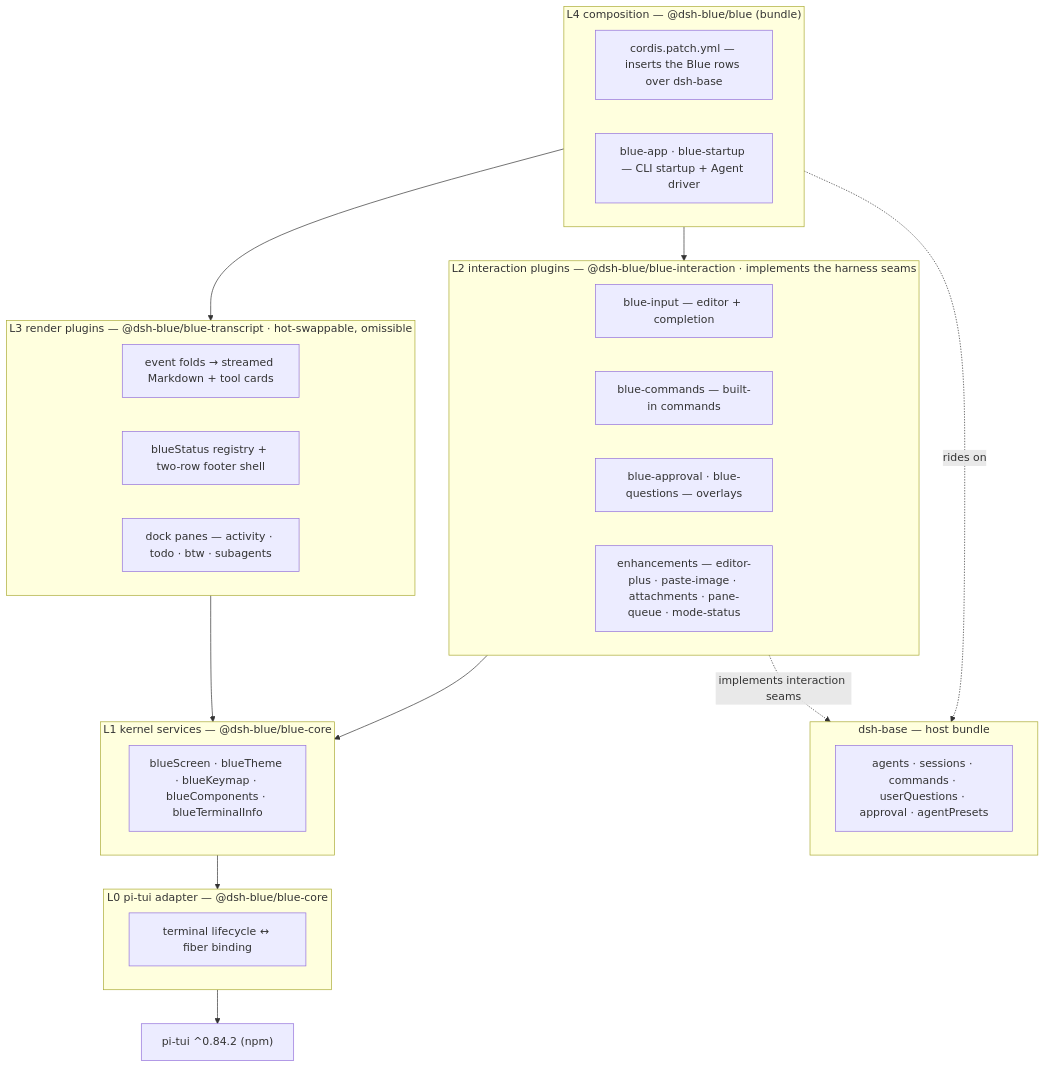
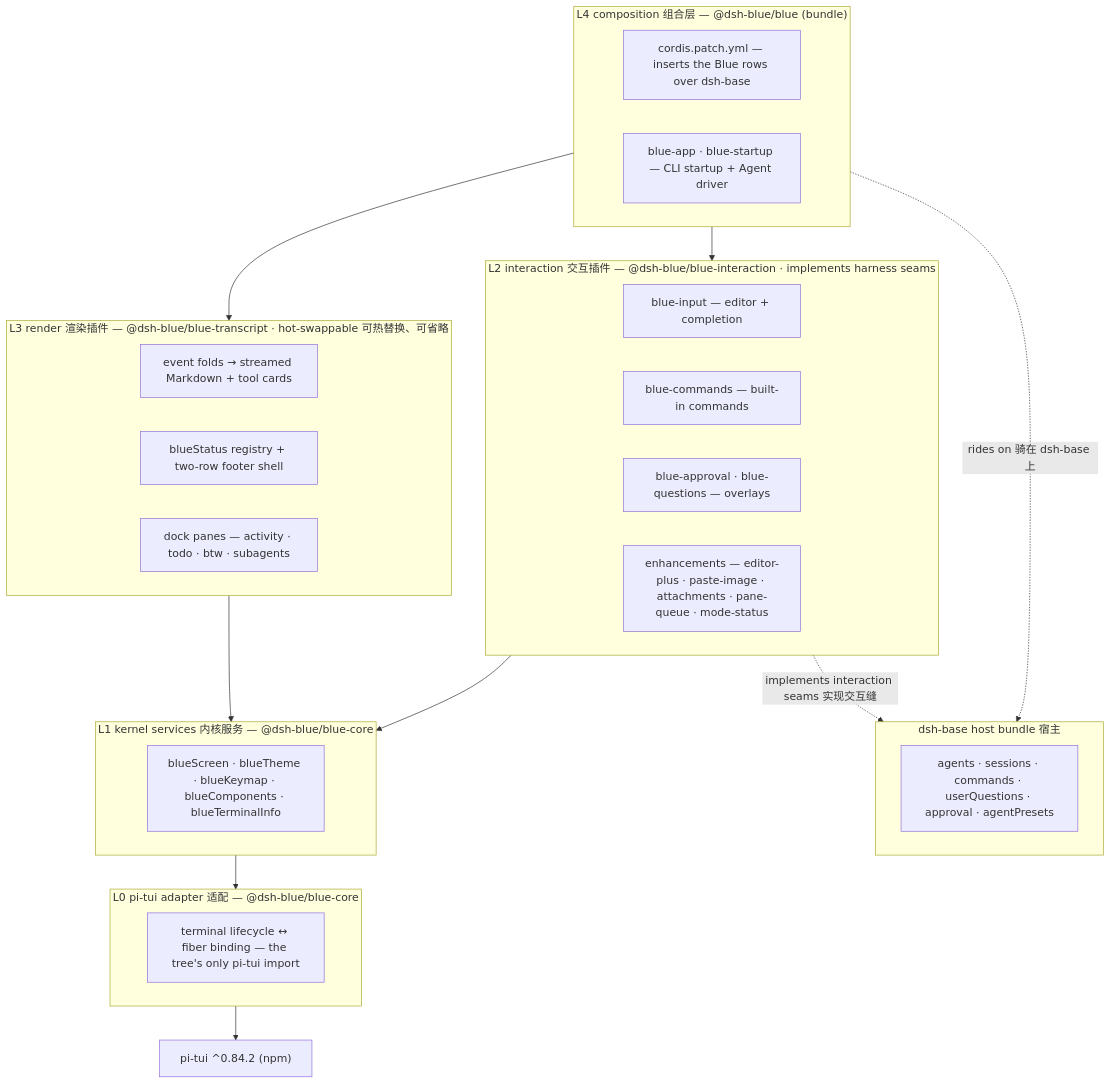
The first of 2 diagrams in README.md (dsh-blue/blue), drawn with Mermaid before and after one commit. The commit also changed other lines of this file and 8 other files, not shown here.

First line of the commit message:
docs: single-source the mermaid diagrams (.mmd + sync script + CI gate)

````diff
--- a/README.md
+++ b/README.md
@@ -150,37 +152,37 @@
 ```mermaid
 flowchart TB
-    subgraph L4["L4 composition — @dsh-blue/blue (bundle)"]
+    subgraph L4["L4 composition 组合层 — @dsh-blue/blue (bundle)"]
         patch["cordis.patch.yml — inserts the Blue rows over dsh-base"]
         app["blue-app · blue-startup — CLI startup + Agent driver"]
     end
-    subgraph L3["L3 render plugins — @dsh-blue/blue-transcript · hot-swappable, omissible"]
+    subgraph L3["L3 render 渲染插件 — @dsh-blue/blue-transcript · hot-swappable 可热替换、可省略"]
         fold["event folds → streamed Markdown + tool cards"]
         status["blueStatus registry + two-row footer shell"]
         dock["dock panes — activity · todo · btw · subagents"]
     end
-    subgraph L2["L2 interaction plugins — @dsh-blue/blue-interaction · implements the harness seams"]
+    subgraph L2["L2 interaction 交互插件 — @dsh-blue/blue-interaction · implements harness seams"]
         input["blue-input — editor + completion"]
         cmds["blue-commands — built-in commands"]
         qa["blue-approval · blue-questions — overlays"]
         enh2["enhancements — editor-plus · paste-image · attachments · pane-queue · mode-status"]
     end
-    subgraph L1["L1 kernel services — @dsh-blue/blue-core"]
+    subgraph L1["L1 kernel services 内核服务 — @dsh-blue/blue-core"]
         services["blueScreen · blueTheme · blueKeymap · blueComponents · blueTerminalInfo"]
     end
-    subgraph L0["L0 pi-tui adapter — @dsh-blue/blue-core"]
-        adapter["terminal lifecycle ↔ fiber binding"]
+    subgraph L0["L0 pi-tui adapter 适配 — @dsh-blue/blue-core"]
+        adapter["terminal lifecycle ↔ fiber binding — the tree's only pi-tui import"]
     end
-    subgraph BASE["dsh-base — host bundle"]
+    subgraph BASE["dsh-base host bundle 宿主"]
         seams["agents · sessions · commands · userQuestions · approval · agentPresets"]
     end
     pitui["pi-tui ^0.84.2 (npm)"]
 
     L4 --> L3
     L4 --> L2
     L3 --> L1
     L2 --> L1
     L1 --> L0
     L0 --> pitui
-    L2 -. implements interaction seams .-> BASE
-    L4 -. rides on .-> BASE
+    L2 -. implements interaction seams 实现交互缝 .-> BASE
+    L4 -. rides on 骑在 dsh-base 上 .-> BASE
 ```
````
